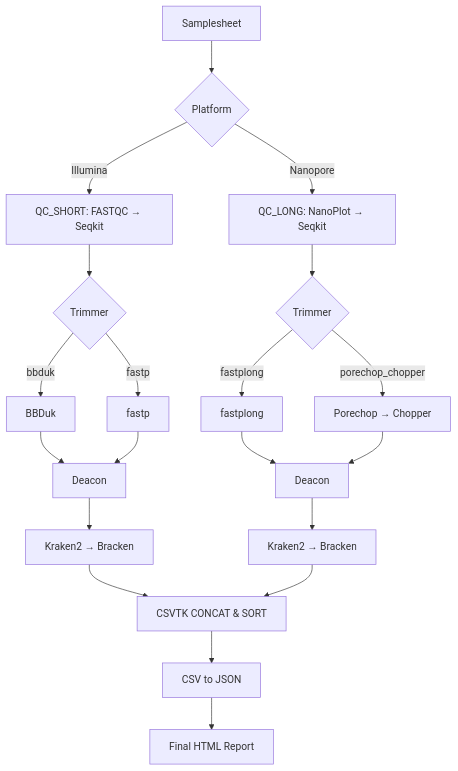
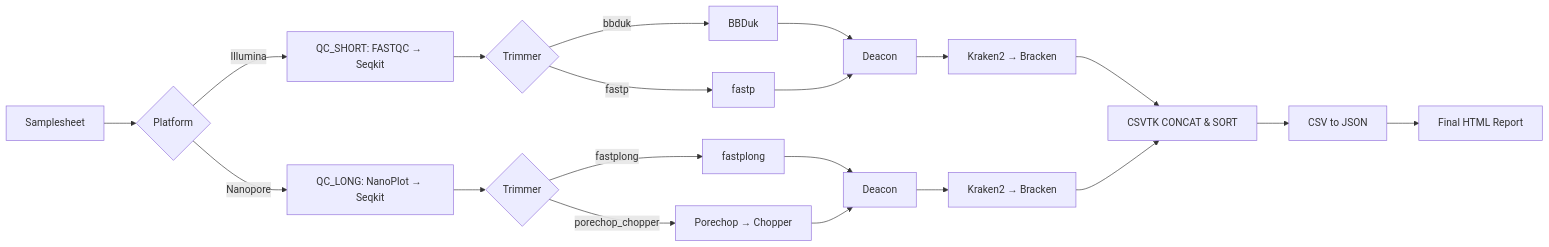
Before and after one commit to provlab-bioinfo/nf-qcflow: the diagram in README.md, drawn with Mermaid.

Commit message:
Update flowchart direction in README.md
Change flowchart direction from TD to LR in README.

````diff
--- a/README.md
+++ b/README.md
@@ -12,26 +12,26 @@
 ```mermaid
 
-flowchart TD
+flowchart LR
     A[Samplesheet] --> B{Platform}
     
     B -->|Illumina| C[QC_SHORT: FASTQC → Seqkit]
     C --> C2{Trimmer}
     C2 -->|bbduk| C3A[BBDuk]
     C2 -->|fastp| C3B[fastp]
     C3A --> C4[Deacon]
     C3B --> C4
     C4 --> C5[Kraken2 → Bracken]
     
     B -->|Nanopore| D[QC_LONG: NanoPlot → Seqkit]
     D --> D2{Trimmer}
     D2 -->|fastplong| D3A[fastplong]
     D2 -->|porechop_chopper| D3B[Porechop → Chopper]
     D3A --> D4[Deacon]
     D3B --> D4
     D4 --> D5[Kraken2 → Bracken]
     
     C5 --> E[CSVTK CONCAT & SORT]
     D5 --> E
     E --> F[CSV to JSON]
     F --> G[Final HTML Report]
 ```
````
